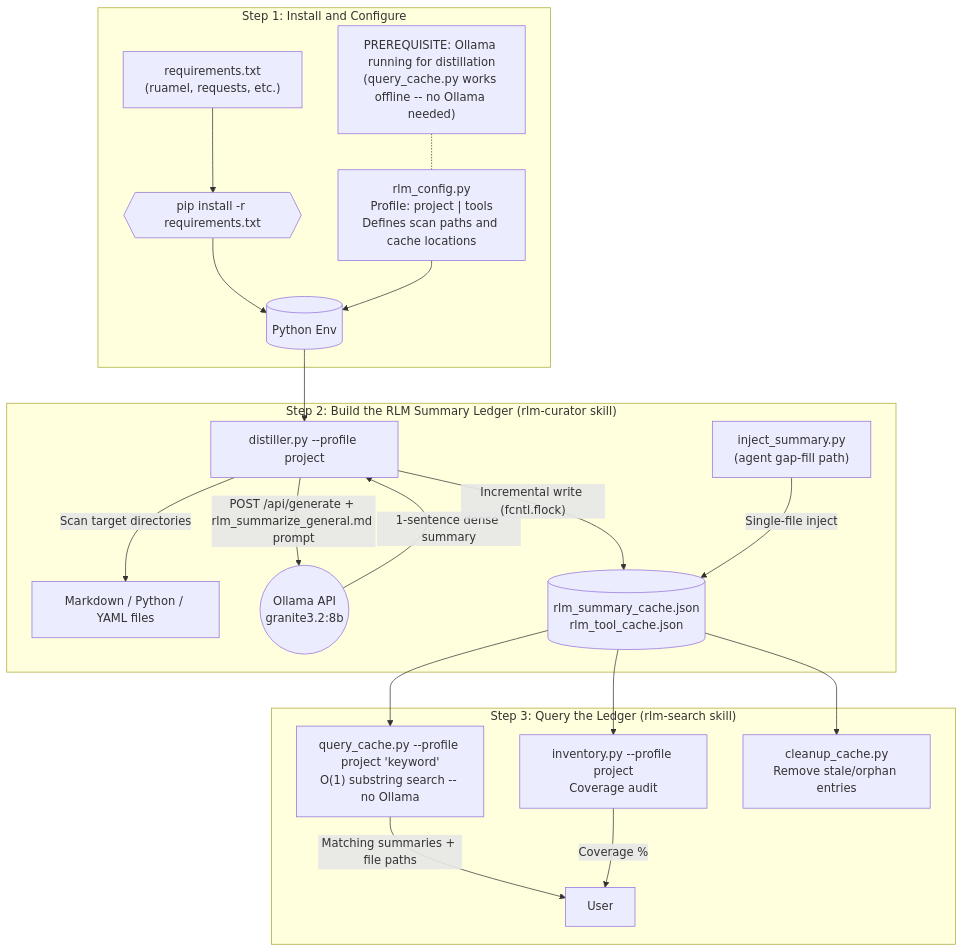
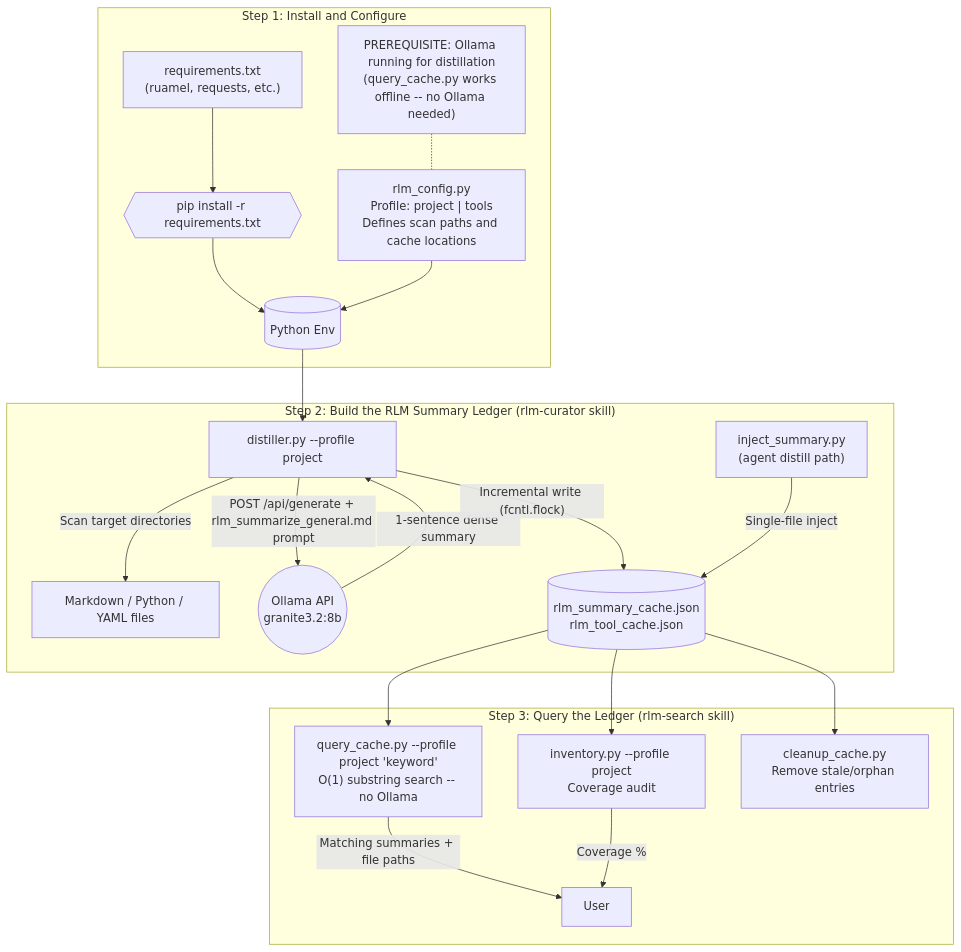
The diagram in plugins/rlm-factory/references/diagrams/logic.mmd (richfrem/agent-plugins-skills), drawn with Mermaid before and after one commit. The commit also changed 4 other files, not shown here.

Commit message:
fix(docs): update stale rlm-gap-fill references to rlm-distill/distill-agent across READMEs and mmd diagrams

```diff
--- a/plugins/rlm-factory/references/diagrams/logic.mmd
+++ b/plugins/rlm-factory/references/diagrams/logic.mmd
@@ -1,27 +1,27 @@
 flowchart TD
     subgraph Initialization ["Step 1: Install and Configure"]
         Req["requirements.txt\n(ruamel, requests, etc.)"]
         Config["rlm_config.py\nProfile: project | tools\nDefines scan paths and cache locations"]
         Req --> Install{{"pip install -r requirements.txt"}}
         Install --> Venv[(Python Env)]
         Config --> Venv
         note1["PREREQUISITE: Ollama running for distillation\n(query_cache.py works offline -- no Ollama needed)"]
         note1 -.- Config
     end
 
     subgraph Distillation ["Step 2: Build the RLM Summary Ledger (rlm-curator skill)"]
         Venv --> Distiller["distiller.py --profile project"]
         Distiller -- "Scan target directories" --> Sources["Markdown / Python / YAML files"]
         Distiller -- "POST /api/generate + rlm_summarize_general.md prompt" --> Ollama((Ollama API\ngranite3.2:8b))
         Ollama -- "1-sentence dense summary" --> Distiller
         Distiller -- "Incremental write (fcntl.flock)" --> Cache[("rlm_summary_cache.json\nrlm_tool_cache.json")]
-        Inject["inject_summary.py\n(agent gap-fill path)"] -- "Single-file inject" --> Cache
+        Inject["inject_summary.py\n(agent distill path)"] -- "Single-file inject" --> Cache
     end
 
     subgraph Consumption ["Step 3: Query the Ledger (rlm-search skill)"]
         Cache --> Query["query_cache.py --profile project 'keyword'\nO(1) substring search -- no Ollama"]
         Cache --> Inventory["inventory.py --profile project\nCoverage audit"]
         Cache --> Cleanup["cleanup_cache.py\nRemove stale/orphan entries"]
         Query -- "Matching summaries + file paths" --> User
         Inventory -- "Coverage %" --> User
     end
```
